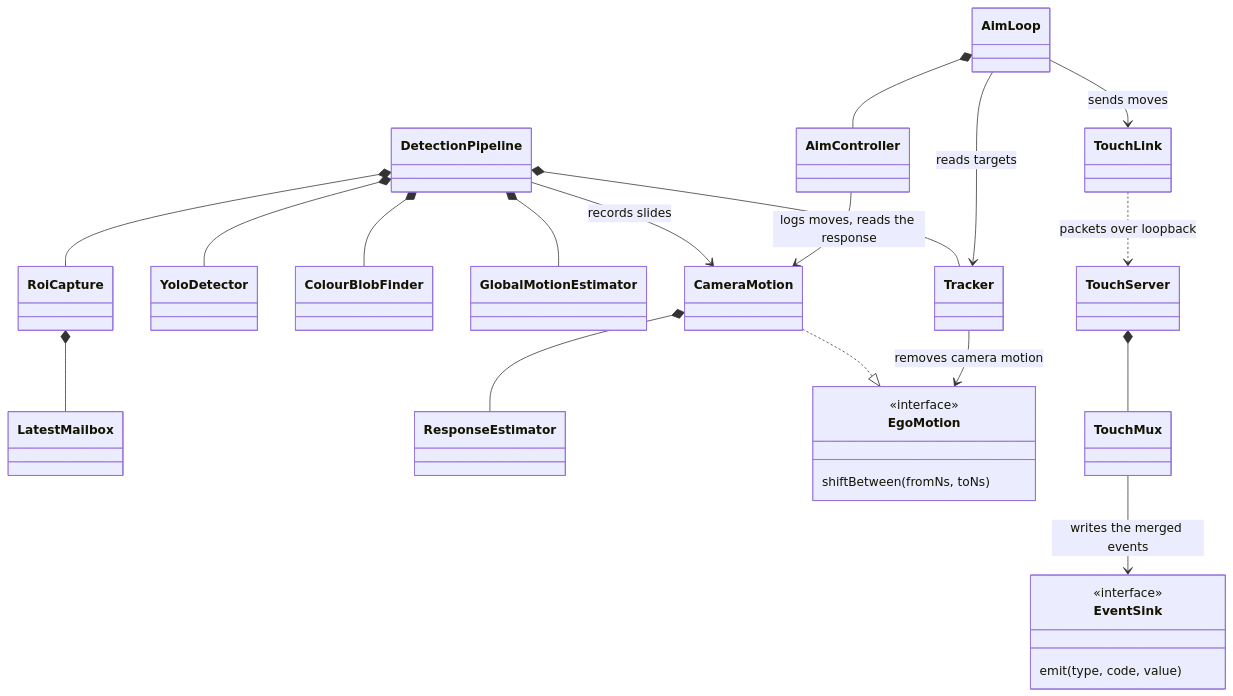
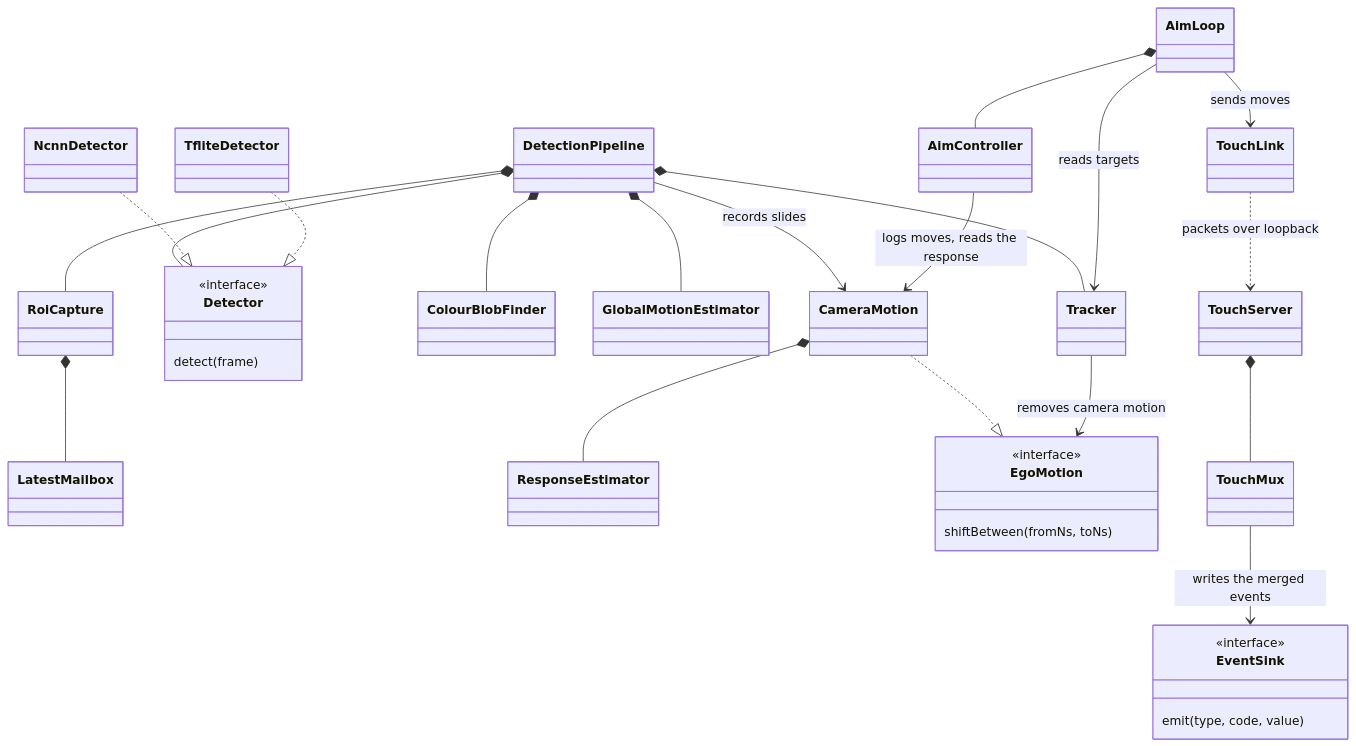
The third of 12 diagrams in data/readmes/1337Xcode__aimbuddy.md (zqf20096327/ai_collect), drawn with Mermaid before and after one commit. The commit also changed other lines of this file and 1896 other files, not shown here.

````diff
--- a/data/readmes/1337Xcode__aimbuddy.md
+++ b/data/readmes/1337Xcode__aimbuddy.md
@@ -123,44 +123,51 @@
 ```mermaid
 classDiagram
     direction TB
     class DetectionPipeline
     class RoiCapture
     class LatestMailbox
-    class YoloDetector
+    class Detector {
+        <<interface>>
+        detect(frame)
+    }
+    class NcnnDetector
+    class TfliteDetector
     class ColourBlobFinder
     class GlobalMotionEstimator
     class Tracker
     class CameraMotion
     class ResponseEstimator
     class EgoMotion {
         <<interface>>
         shiftBetween(fromNs, toNs)
     }
     class AimLoop
     class AimController
     class TouchLink
     class TouchServer
     class TouchMux
     class EventSink {
         <<interface>>
         emit(type, code, value)
     }
 
     DetectionPipeline *-- RoiCapture
     RoiCapture *-- LatestMailbox
-    DetectionPipeline *-- YoloDetector
+    DetectionPipeline *-- Detector
+    NcnnDetector ..|> Detector
+    TfliteDetector ..|> Detector
     DetectionPipeline *-- ColourBlobFinder
     DetectionPipeline *-- GlobalMotionEstimator
     DetectionPipeline *-- Tracker
     DetectionPipeline --> CameraMotion : records slides
     CameraMotion *-- ResponseEstimator
     CameraMotion ..|> EgoMotion
     Tracker --> EgoMotion : removes camera motion
     AimLoop *-- AimController
     AimLoop --> Tracker : reads targets
     AimLoop --> TouchLink : sends moves
     AimController --> CameraMotion : logs moves, reads the response
     TouchLink ..> TouchServer : packets over loopback
     TouchServer *-- TouchMux
     TouchMux --> EventSink : writes the merged events
 ```
````
